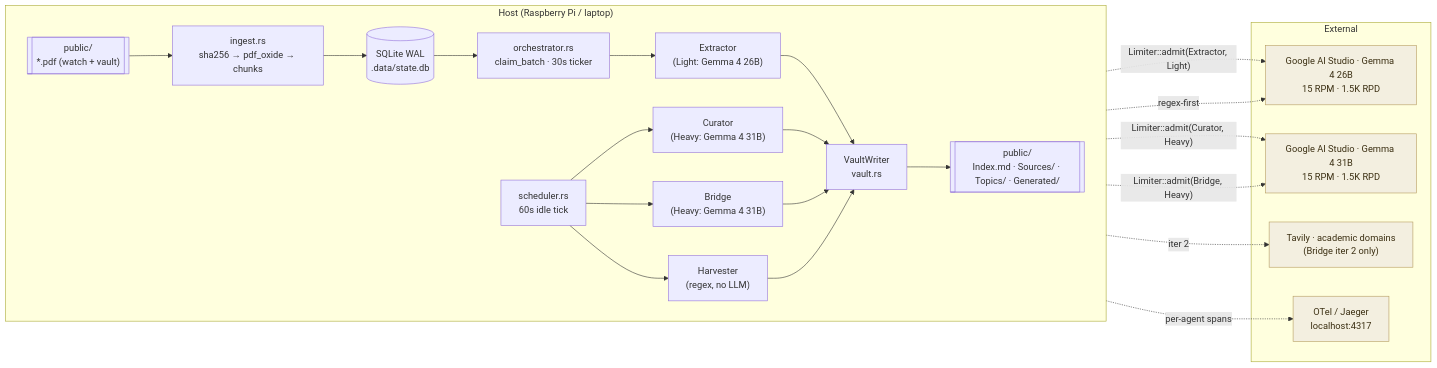
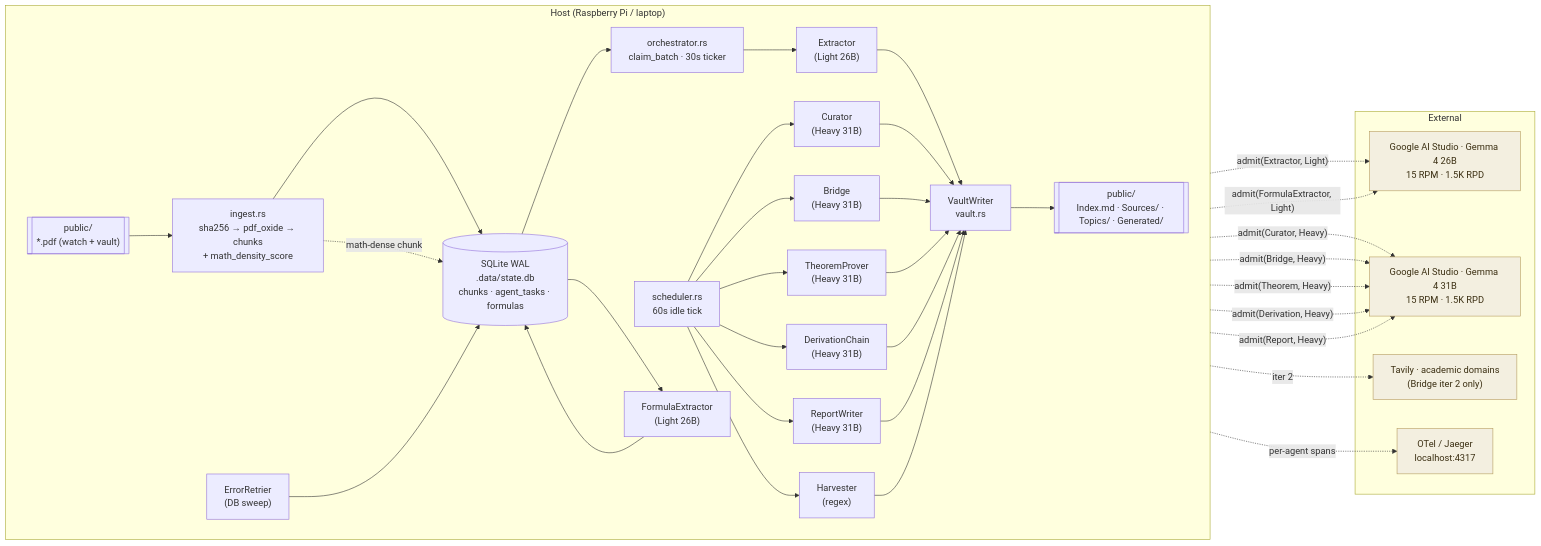
The diagram in README.md (Rah-Rah-Mitra/Information-Lab), drawn with Mermaid before and after one commit. The commit also changed other lines of this file and 12 other files, not shown here.

First line of the commit message:
feat: add Formula Extractor agent for salvaging LaTeX from math-dense text

````diff
--- a/README.md
+++ b/README.md
@@ -46,41 +49,55 @@
 ```mermaid
 flowchart LR
     subgraph HOST["Host (Raspberry Pi / laptop)"]
         direction LR
         WATCH[["public/<br/>*.pdf (watch + vault)"]]
-        INGEST["ingest.rs<br/>sha256 → pdf_oxide → chunks"]
-        DB[(SQLite WAL<br/>.data/state.db)]
+        INGEST["ingest.rs<br/>sha256 → pdf_oxide → chunks<br/>+ math_density_score"]
+        DB[(SQLite WAL<br/>.data/state.db<br/>chunks · agent_tasks · formulas)]
         ORCH["orchestrator.rs<br/>claim_batch · 30s ticker"]
         SCHED["scheduler.rs<br/>60s idle tick"]
-        EXT_AG["Extractor<br/>(Light: Gemma 4 26B)"]
-        CUR["Curator<br/>(Heavy: Gemma 4 31B)"]
-        BR["Bridge<br/>(Heavy: Gemma 4 31B)"]
-        HV["Harvester<br/>(regex, no LLM)"]
+        EXT_AG["Extractor<br/>(Light 26B)"]
+        CUR["Curator<br/>(Heavy 31B)"]
+        BR["Bridge<br/>(Heavy 31B)"]
+        TH["TheoremProver<br/>(Heavy 31B)"]
+        DE["DerivationChain<br/>(Heavy 31B)"]
+        RP["ReportWriter<br/>(Heavy 31B)"]
+        HV["Harvester<br/>(regex)"]
+        FE["FormulaExtractor<br/>(Light 26B)"]
+        RE["ErrorRetrier<br/>(DB sweep)"]
         VAULT["VaultWriter<br/>vault.rs"]
         OBSIDIAN[["public/<br/>Index.md · Sources/ · Topics/ · Generated/"]]
     end
 
     subgraph EXT["External"]
         G26["Google AI Studio · Gemma 4 26B<br/>15 RPM · 1.5K RPD"]
         G31["Google AI Studio · Gemma 4 31B<br/>15 RPM · 1.5K RPD"]
         TAV["Tavily · academic domains<br/>(Bridge iter 2 only)"]
         OTLP["OTel / Jaeger<br/>localhost:4317"]
     end
 
     WATCH --> INGEST --> DB
+    INGEST -. math-dense chunk .-> DB
     DB --> ORCH --> EXT_AG --> VAULT --> OBSIDIAN
     SCHED --> CUR --> VAULT
     SCHED --> BR --> VAULT
+    SCHED --> TH --> VAULT
+    SCHED --> DE --> VAULT
+    SCHED --> RP --> VAULT
     SCHED --> HV --> VAULT
+    DB --> FE --> DB
+    RE --> DB
     BR -. iter 2 .-> TAV
 
-    EXT_AG -. Limiter::admit(Extractor, Light) .-> G26
-    HV -. regex-first .-> G26
-    CUR -. Limiter::admit(Curator, Heavy) .-> G31
-    BR -. Limiter::admit(Bridge, Heavy) .-> G31
+    EXT_AG -. admit(Extractor, Light) .-> G26
+    FE    -. admit(FormulaExtractor, Light) .-> G26
+    CUR   -. admit(Curator, Heavy) .-> G31
+    BR    -. admit(Bridge, Heavy) .-> G31
+    TH    -. admit(Theorem, Heavy) .-> G31
+    DE    -. admit(Derivation, Heavy) .-> G31
+    RP    -. admit(Report, Heavy) .-> G31
 
     HOST -. per-agent spans .-> OTLP
 
     classDef ext fill:#f3efe0,stroke:#b59b5e,color:#3b2f12
     class G26,G31,TAV,OTLP ext
 ```
````
